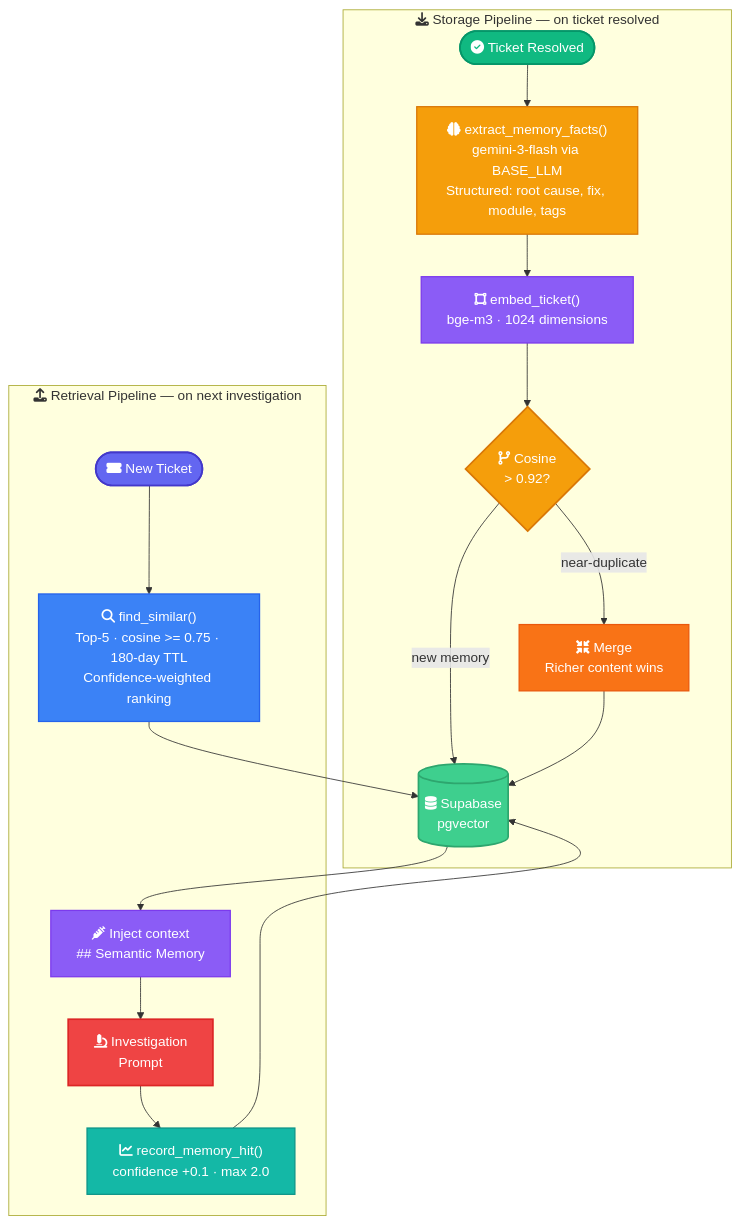
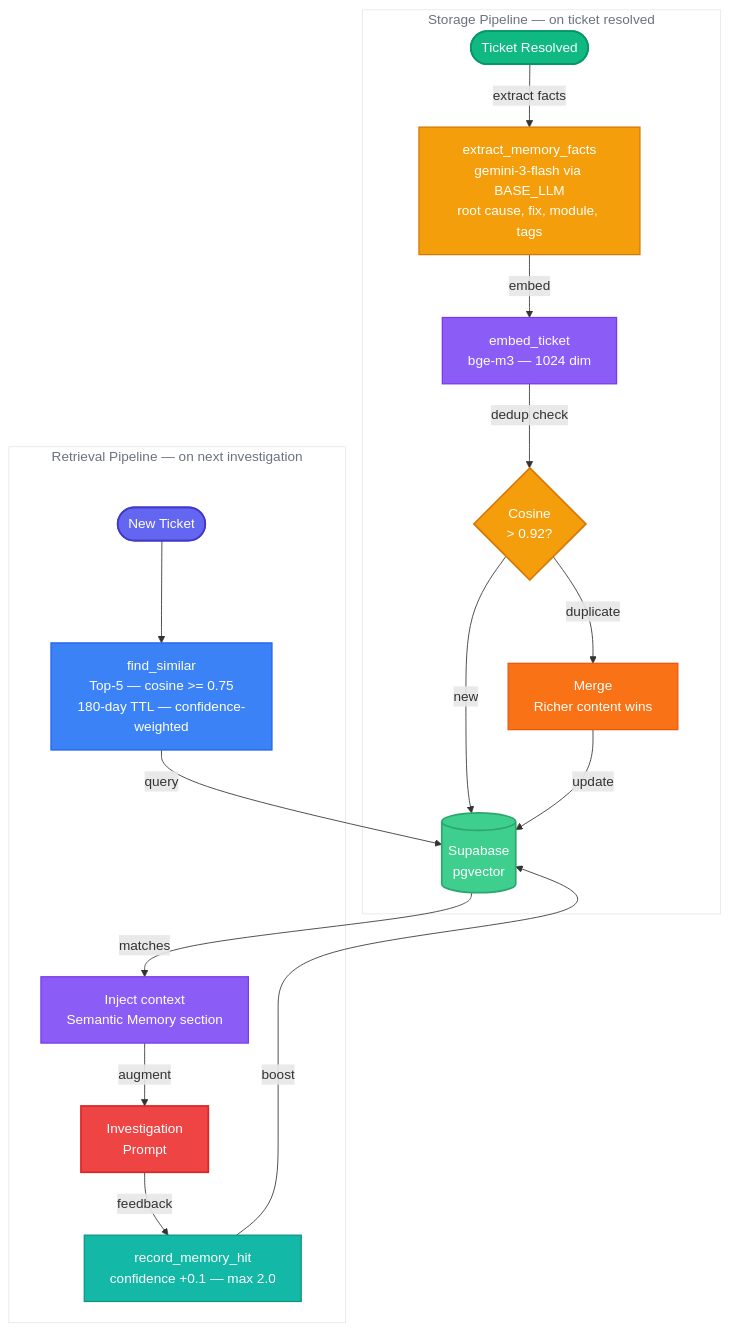
The fourth of 5 diagrams in README.md (ArtemisAI/SWE-Squad), drawn with Mermaid before and after one commit. The commit also changed other lines of this file and 3 other files, not shown here.

````diff
--- a/README.md
+++ b/README.md
@@ -334,40 +341,43 @@
 ```mermaid
 flowchart TD
-    subgraph store ["fa:fa-download Storage Pipeline — on ticket resolved"]
-        Resolved(["fa:fa-check-circle Ticket Resolved"]):::successNode
-        Extract["fa:fa-brain extract_memory_facts()\ngemini-3-flash via BASE_LLM\nStructured: root cause, fix, module, tags"]:::extractNode
-        Embed["fa:fa-vector-square embed_ticket()\nbge-m3 · 1024 dimensions"]:::embedNode
-        Dedup{"fa:fa-code-branch Cosine\n> 0.92?"}:::decisionNode
-        StoreDB[("fa:fa-database Supabase\npgvector")]:::dbNode
-        Merge["fa:fa-compress-arrows-alt Merge\nRicher content wins"]:::mergeNode
+    subgraph store [" Storage Pipeline — on ticket resolved "]
+        Resolved(["Ticket Resolved"]):::successNode
+        Extract["extract_memory_facts\ngemini-3-flash via BASE_LLM\nroot cause, fix, module, tags"]:::extractNode
+        Embed["embed_ticket\nbge-m3 — 1024 dim"]:::embedNode
+        Dedup{"Cosine\n> 0.92?"}:::decisionNode
+        StoreDB[("Supabase\npgvector")]:::dbNode
+        Merge["Merge\nRicher content wins"]:::mergeNode
 
-        Resolved --> Extract --> Embed --> Dedup
-        Dedup -->|"new memory"| StoreDB
-        Dedup -->|"near-duplicate"| Merge --> StoreDB
+        Resolved -->|"extract facts"| Extract -->|"embed"| Embed -->|"dedup check"| Dedup
+        Dedup -->|"new"| StoreDB
+        Dedup -->|"duplicate"| Merge -->|"update"| StoreDB
     end
 
-    subgraph retrieve ["fa:fa-upload Retrieval Pipeline — on next investigation"]
-        NewTicket(["fa:fa-ticket-alt New Ticket"]):::startNode
-        Search["fa:fa-search find_similar()\nTop-5 · cosine >= 0.75 · 180-day TTL\nConfidence-weighted ranking"]:::searchNode
-        Inject["fa:fa-syringe Inject context\n## Semantic Memory"]:::injectNode
-        Investigate["fa:fa-microscope Investigation\nPrompt"]:::investigateNode
-        Hit["fa:fa-chart-line record_memory_hit()\nconfidence +0.1 · max 2.0"]:::hitNode
+    subgraph retrieve [" Retrieval Pipeline — on next investigation "]
+        NewTicket(["New Ticket"]):::startNode
+        Search["find_similar\nTop-5 — cosine >= 0.75\n180-day TTL — confidence-weighted"]:::searchNode
+        Inject["Inject context\nSemantic Memory section"]:::injectNode
+        Investigate["Investigation\nPrompt"]:::investigateNode
+        Hit["record_memory_hit\nconfidence +0.1 — max 2.0"]:::hitNode
 
         NewTicket --> Search
-        Search --> StoreDB
-        StoreDB --> Inject --> Investigate
-        Investigate --> Hit --> StoreDB
+        Search -->|"query"| StoreDB
+        StoreDB -->|"matches"| Inject -->|"augment"| Investigate
+        Investigate -->|"feedback"| Hit -->|"boost"| StoreDB
     end
 
     classDef successNode fill:#10b981,stroke:#059669,color:#fff,stroke-width:2px
     classDef startNode fill:#6366f1,stroke:#4338ca,color:#fff,stroke-width:2px
     classDef extractNode fill:#f59e0b,stroke:#d97706,color:#fff,stroke-width:1.5px
     classDef embedNode fill:#8b5cf6,stroke:#7c3aed,color:#fff,stroke-width:1.5px
     classDef decisionNode fill:#f59e0b,stroke:#d97706,color:#fff,stroke-width:2px
     classDef dbNode fill:#3ecf8e,stroke:#2da66e,color:#fff,stroke-width:2px
     classDef mergeNode fill:#f97316,stroke:#ea580c,color:#fff,stroke-width:1.5px
     classDef searchNode fill:#3b82f6,stroke:#2563eb,color:#fff,stroke-width:1.5px
     classDef injectNode fill:#8b5cf6,stroke:#7c3aed,color:#fff,stroke-width:1.5px
     classDef investigateNode fill:#ef4444,stroke:#dc2626,color:#fff,stroke-width:2px
     classDef hitNode fill:#14b8a6,stroke:#0d9488,color:#fff,stroke-width:1.5px
+    classDef subgraphBox fill:transparent,stroke:#e5e7eb,stroke-width:1px,color:#6b7280
+
+    class store,retrieve subgraphBox
 ```
````
